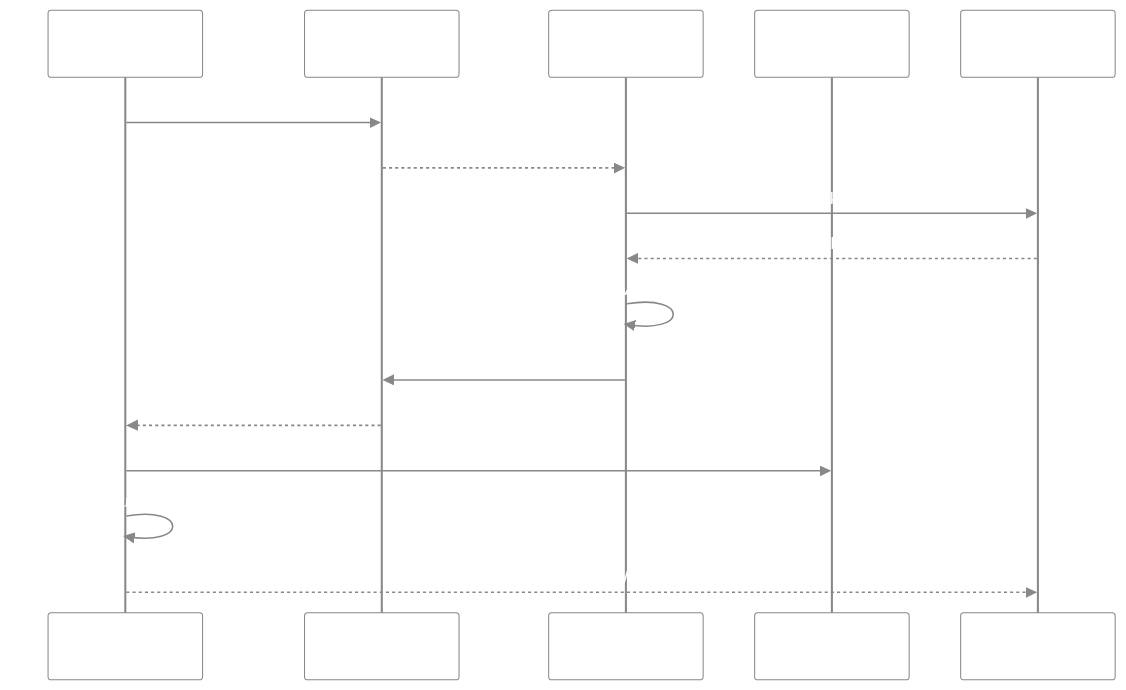
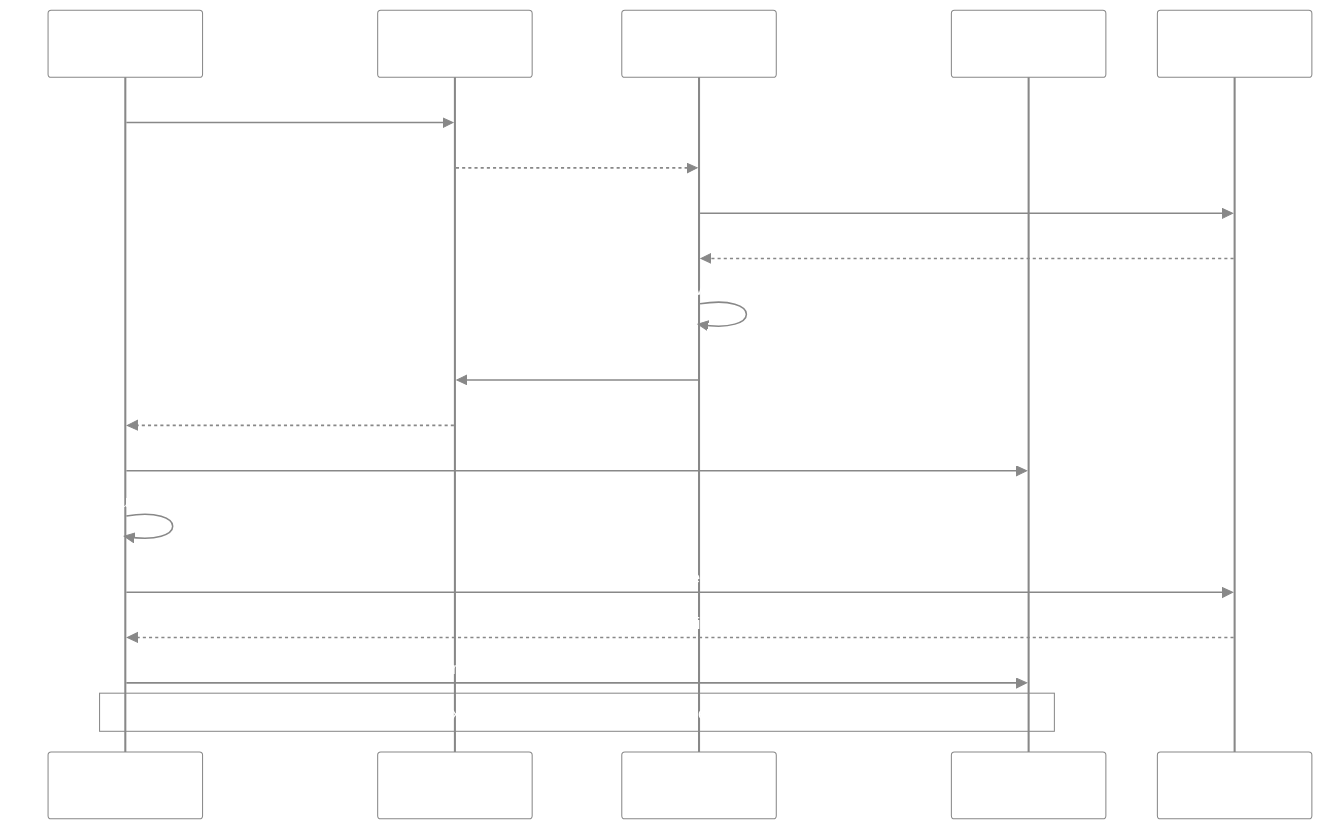
The fifth of 5 diagrams in README.md (N-Choo/CoinBot.v3), drawn with Mermaid before and after one commit. The commit also changed other lines of this file and 5 other files, not shown here.

Commit message:
feat(trade-engine): reconcile fills/cancels and settle contract funds

````diff
--- a/README.md
+++ b/README.md
@@ -149,20 +149,23 @@
 ```mermaid
 %%{init: {"theme":"base","themeVariables":{"actorBkg":"transparent","actorBorder":"#888","actorTextColor":"#fff","signalColor":"#888","signalTextColor":"#fff","labelBoxBkgColor":"transparent","labelBoxBorderColor":"#888","labelTextColor":"#fff","noteBkgColor":"transparent","noteBorderColor":"#888","noteTextColor":"#fff"}}}%%
 sequenceDiagram
     participant TE as trade-engine
     participant R as Redis
     participant AN as analyzer
     participant DB as PostgreSQL
     participant KC as KuCoin
 
     TE->>R: PUBLISH tickers:analyze
     R-->>AN: tickers
     AN->>KC: fetch klines
     KC-->>AN: OHLCV
     AN->>AN: RSI + SMA + ATR
     AN->>R: PUBLISH signals:result
     R-->>TE: signals
     TE->>DB: load active contracts
     TE->>TE: re-verify signatures (fail-closed)
-    TE-->>KC: place orders (WIP)
+    TE->>KC: place spot market order + reserve funds
+    KC-->>TE: order id
+    TE->>DB: record trade order (status = open)
+    Note over TE,DB: sweeper polls the exchange, marks filled/cancelled, settles contract funds
 ```
````
